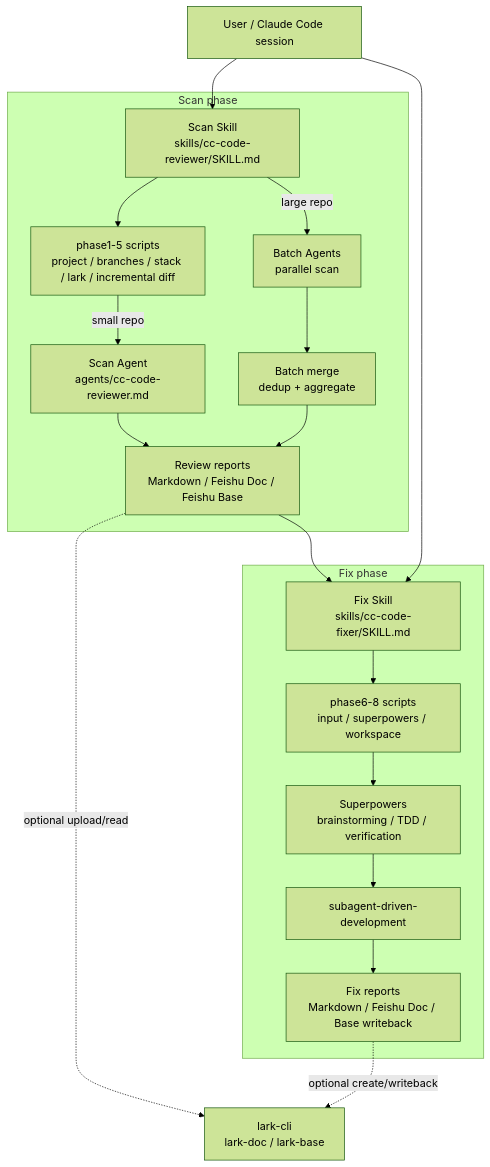
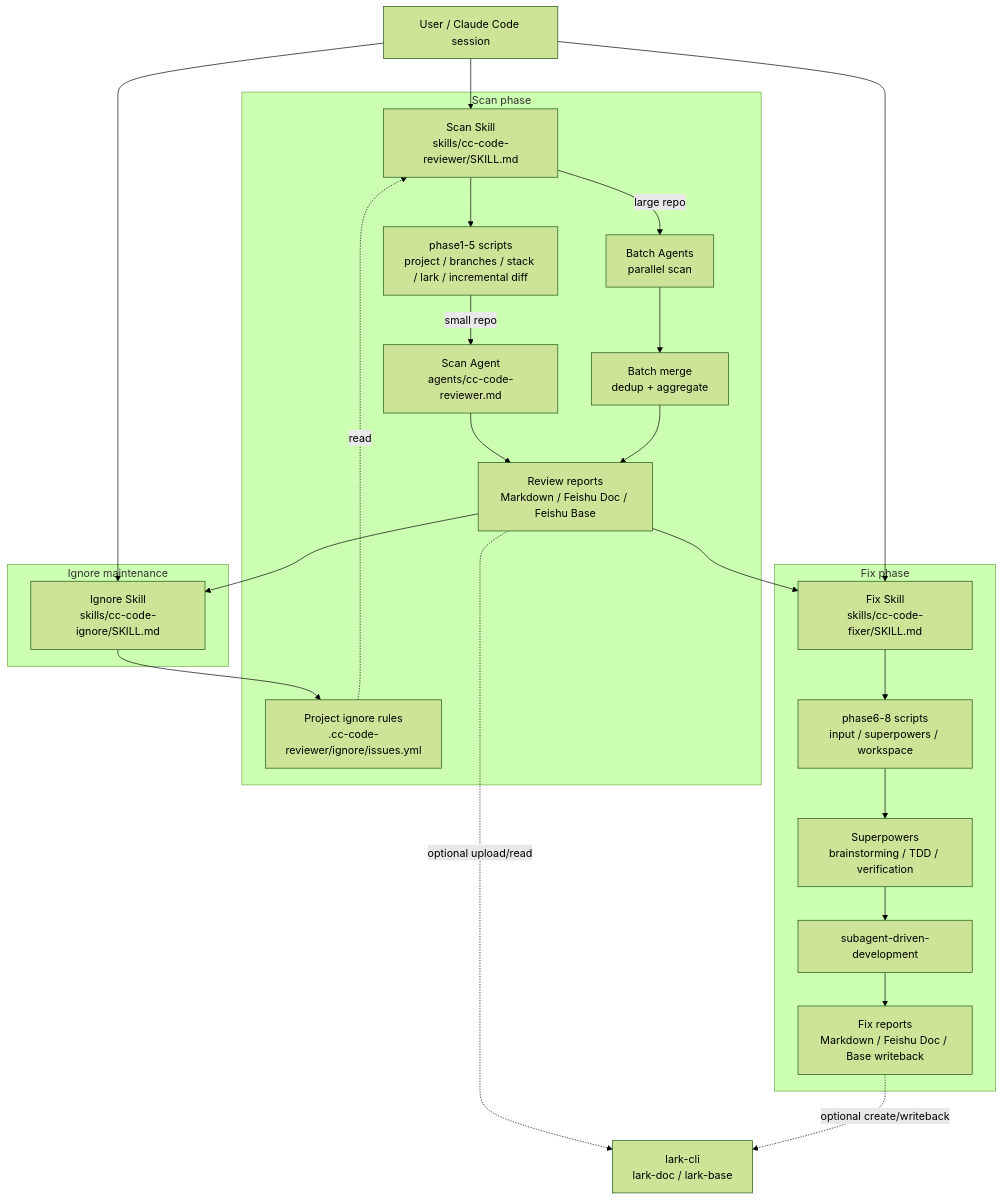
One commit to ataskite/cc-code-reviewer changed the diagram in AGENTS.md. Above: the diagram before and after it, drawn with Mermaid (forest theme). The commit also changed other lines of this file and 12 other files, not shown here.

Commit message:
feat: add project ignore rules

````diff
--- a/AGENTS.md
+++ b/AGENTS.md
@@ -15,35 +15,44 @@
 ```mermaid
 flowchart TD
     User["User / Claude Code session"]
     ReviewSkill["Scan Skill<br/>skills/cc-code-reviewer/SKILL.md"]
+    IgnoreSkill["Ignore Skill<br/>skills/cc-code-ignore/SKILL.md"]
+    IgnoreRules["Project ignore rules<br/>.cc-code-reviewer/ignore/issues.yml"]
     FixSkill["Fix Skill<br/>skills/cc-code-fixer/SKILL.md"]
     ReviewAgent["Scan Agent<br/>agents/cc-code-reviewer.md"]
     Reports["Review reports<br/>Markdown / Feishu Doc / Feishu Base"]
     FixReports["Fix reports<br/>Markdown / Feishu Doc / Base writeback"]
     Lark["lark-cli<br/>lark-doc / lark-base"]
     Superpowers["Superpowers<br/>brainstorming / TDD / verification"]
     SubAgentDriven["subagent-driven-development"]
 
     subgraph ScanPhase["Scan phase"]
       ReviewSkill --> ScanScripts["phase1-5 scripts<br/>project / branches / stack / lark / incremental diff"]
+      IgnoreRules -.read.-> ReviewSkill
       ScanScripts -->|"small repo"| ReviewAgent
       ReviewAgent --> Reports
       BatchMerge["Batch merge<br/>dedup + aggregate"]
       ReviewSkill -->|"large repo"| BatchAgents["Batch Agents<br/>parallel scan"]
       BatchAgents --> BatchMerge
       BatchMerge --> Reports
+    end
+
+    subgraph IgnorePhase["Ignore maintenance"]
+      Reports --> IgnoreSkill
+      IgnoreSkill --> IgnoreRules
     end
 
     subgraph FixPhase["Fix phase"]
       Reports --> FixSkill
       FixSkill --> FixScripts["phase6-8 scripts<br/>input / superpowers / workspace"]
       FixScripts --> Superpowers
       Superpowers --> SubAgentDriven
       SubAgentDriven --> FixReports
     end
 
     User --> ReviewSkill
+    User --> IgnoreSkill
     User --> FixSkill
     Reports -.optional upload/read.-> Lark
     FixReports -.optional create/writeback.-> Lark
 ```
````
